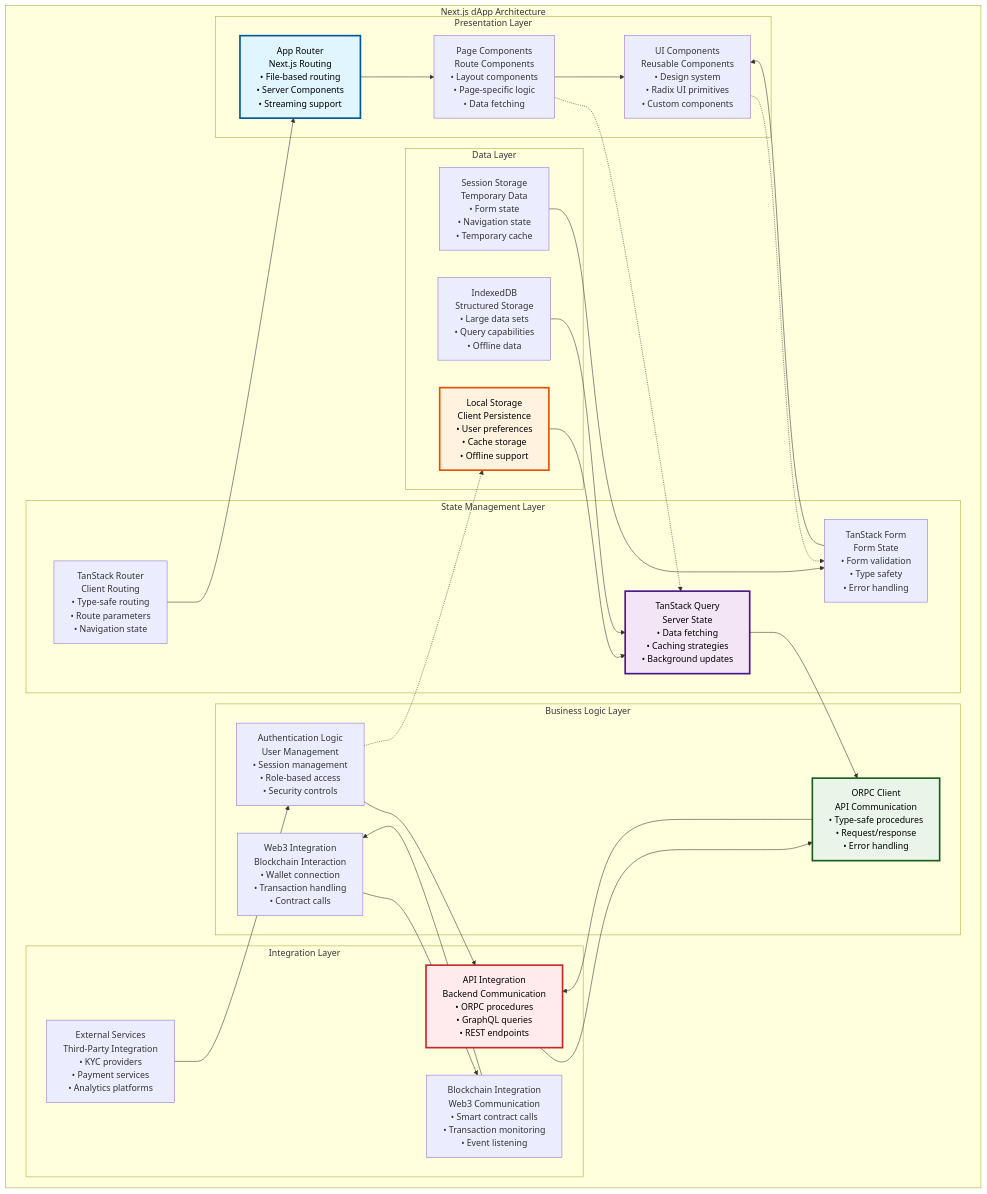
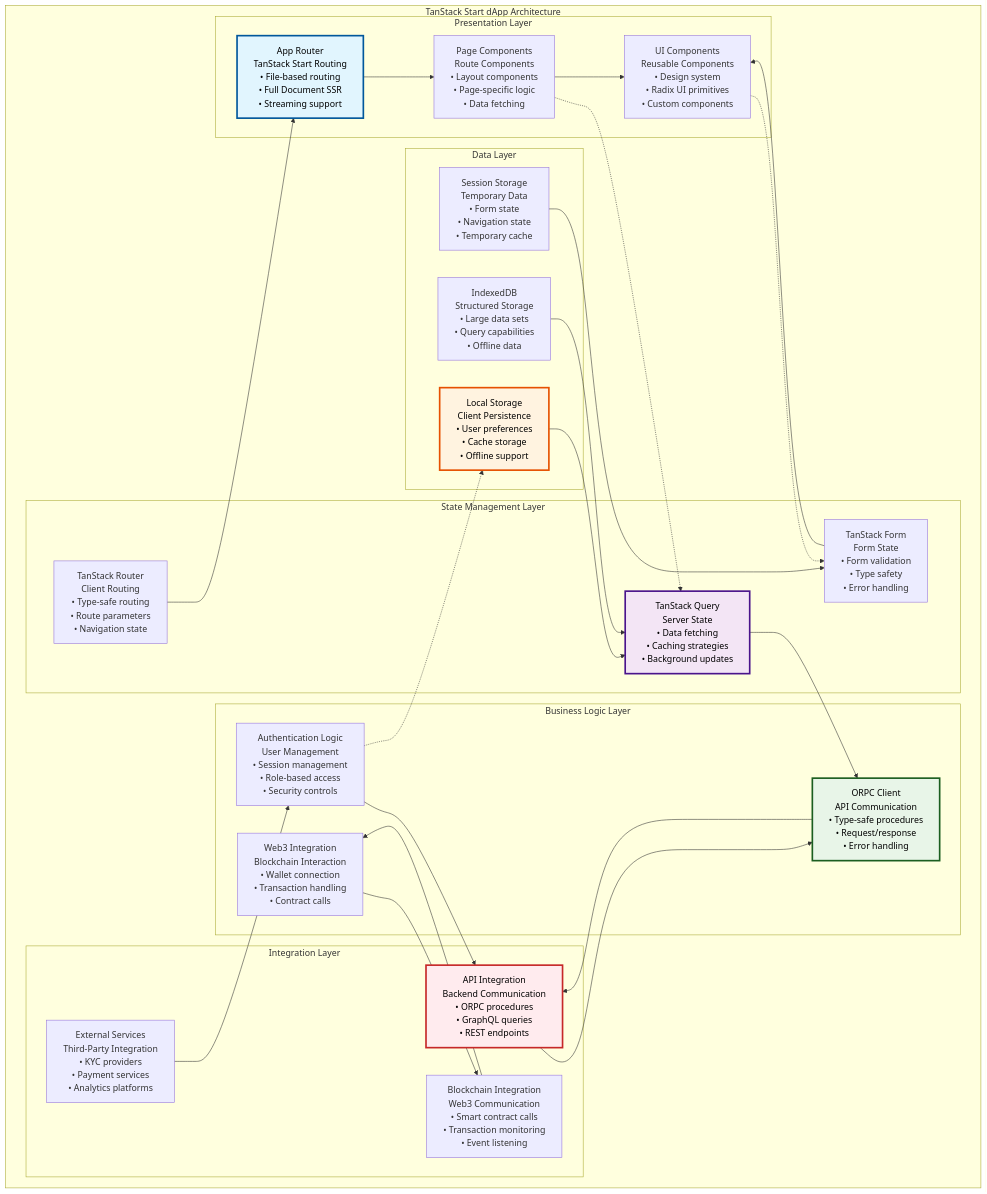
The first of 6 diagrams in kit/docs/content/docs/11-tanstack-start-dapp-architecture.md (settlemint/asset-tokenization-kit), drawn with Mermaid before and after one commit. The commit also changed other lines of this file and 11 other files, not shown here.

````diff
--- a/kit/docs/content/docs/11-tanstack-start-dapp-architecture.md
+++ b/kit/docs/content/docs/11-tanstack-start-dapp-architecture.md
@@ -30,80 +30,80 @@
 ```mermaid
 graph TB
-    subgraph "Next.js dApp Architecture"
+    subgraph "TanStack Start dApp Architecture"
         subgraph "Presentation Layer"
-            AppRouter[App Router<br/>Next.js Routing<br/>• File-based routing<br/>• Server Components<br/>• Streaming support]
+            AppRouter[App Router<br/>TanStack Start Routing<br/>• File-based routing<br/>• Full Document SSR<br/>• Streaming support]
             
             PageComponents[Page Components<br/>Route Components<br/>• Layout components<br/>• Page-specific logic<br/>• Data fetching]
             
             UIComponents[UI Components<br/>Reusable Components<br/>• Design system<br/>• Radix UI primitives<br/>• Custom components]
         end
         
         subgraph "State Management Layer"
             TanStackQuery[TanStack Query<br/>Server State<br/>• Data fetching<br/>• Caching strategies<br/>• Background updates]
             
             TanStackForm[TanStack Form<br/>Form State<br/>• Form validation<br/>• Type safety<br/>• Error handling]
             
             TanStackRouter[TanStack Router<br/>Client Routing<br/>• Type-safe routing<br/>• Route parameters<br/>• Navigation state]
         end
         
         subgraph "Business Logic Layer"
             ORPCClient[ORPC Client<br/>API Communication<br/>• Type-safe procedures<br/>• Request/response<br/>• Error handling]
             
             Web3Integration[Web3 Integration<br/>Blockchain Interaction<br/>• Wallet connection<br/>• Transaction handling<br/>• Contract calls]
             
             AuthenticationLogic[Authentication Logic<br/>User Management<br/>• Session management<br/>• Role-based access<br/>• Security controls]
         end
         
         subgraph "Data Layer"
             LocalStorage[Local Storage<br/>Client Persistence<br/>• User preferences<br/>• Cache storage<br/>• Offline support]
             
             SessionStorage[Session Storage<br/>Temporary Data<br/>• Form state<br/>• Navigation state<br/>• Temporary cache]
             
             IndexedDB[IndexedDB<br/>Structured Storage<br/>• Large data sets<br/>• Query capabilities<br/>• Offline data]
         end
         
         subgraph "Integration Layer"
             APIIntegration[API Integration<br/>Backend Communication<br/>• ORPC procedures<br/>• GraphQL queries<br/>• REST endpoints]
             
             BlockchainIntegration[Blockchain Integration<br/>Web3 Communication<br/>• Smart contract calls<br/>• Transaction monitoring<br/>• Event listening]
             
             ExternalServices[External Services<br/>Third-Party Integration<br/>• KYC providers<br/>• Payment services<br/>• Analytics platforms]
         end
     end
     
     %% Presentation layer flow
     AppRouter --> PageComponents
     PageComponents --> UIComponents
     
     %% State management integration
     TanStackQuery --> ORPCClient
     TanStackForm --> UIComponents
     TanStackRouter --> AppRouter
     
     %% Business logic integration
     ORPCClient --> APIIntegration
     Web3Integration --> BlockchainIntegration
     AuthenticationLogic --> APIIntegration
     
     %% Data layer integration
     LocalStorage --> TanStackQuery
     SessionStorage --> TanStackForm
     IndexedDB --> TanStackQuery
     
     %% Integration layer
     APIIntegration --> ORPCClient
     BlockchainIntegration --> Web3Integration
     ExternalServices --> AuthenticationLogic
     
     %% Cross-layer connections
     PageComponents -.-> TanStackQuery
     UIComponents -.-> TanStackForm
     AuthenticationLogic -.-> LocalStorage
     
     %% Styling
     style AppRouter fill:#e1f5fe,stroke:#01579b,color:#000000,stroke-width:3px
     style TanStackQuery fill:#f3e5f5,stroke:#4a148c,color:#000000,stroke-width:3px
     style ORPCClient fill:#e8f5e8,stroke:#1b5e20,color:#000000,stroke-width:3px
     style LocalStorage fill:#fff3e0,stroke:#e65100,color:#000000,stroke-width:3px
     style APIIntegration fill:#ffebee,stroke:#c62828,color:#000000,stroke-width:3px
 ```
````
